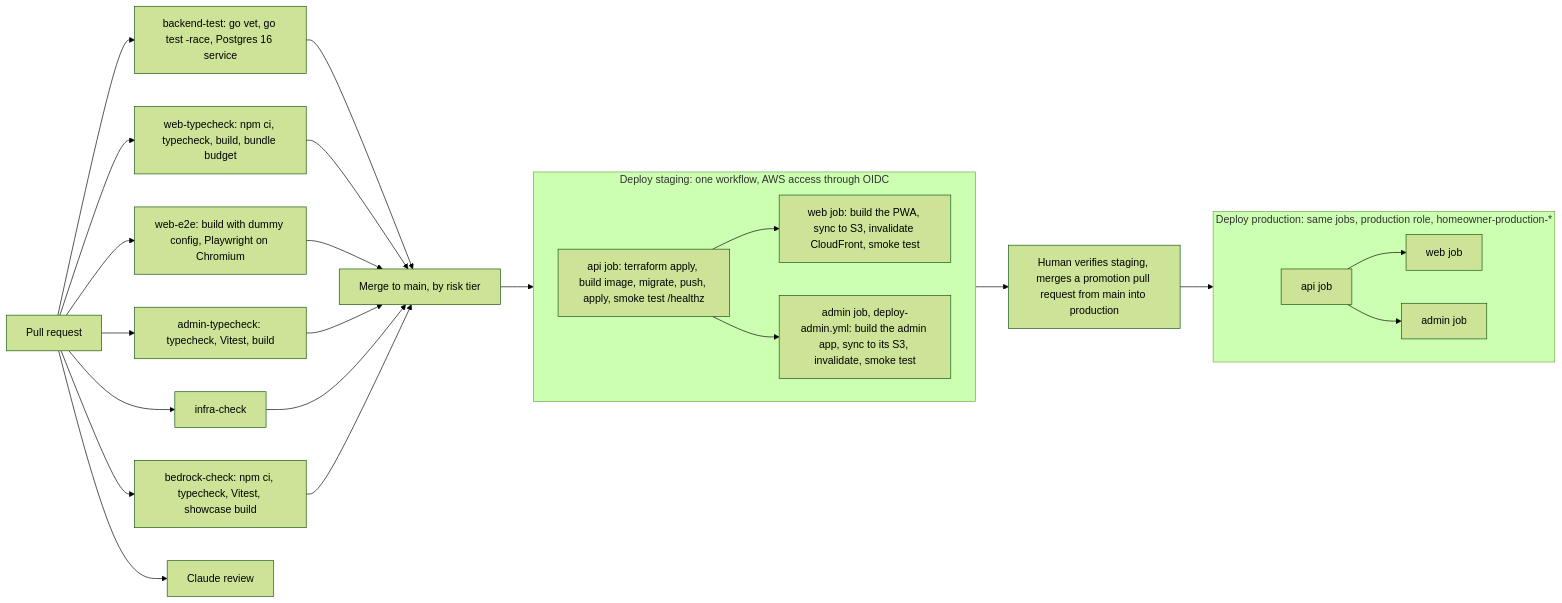
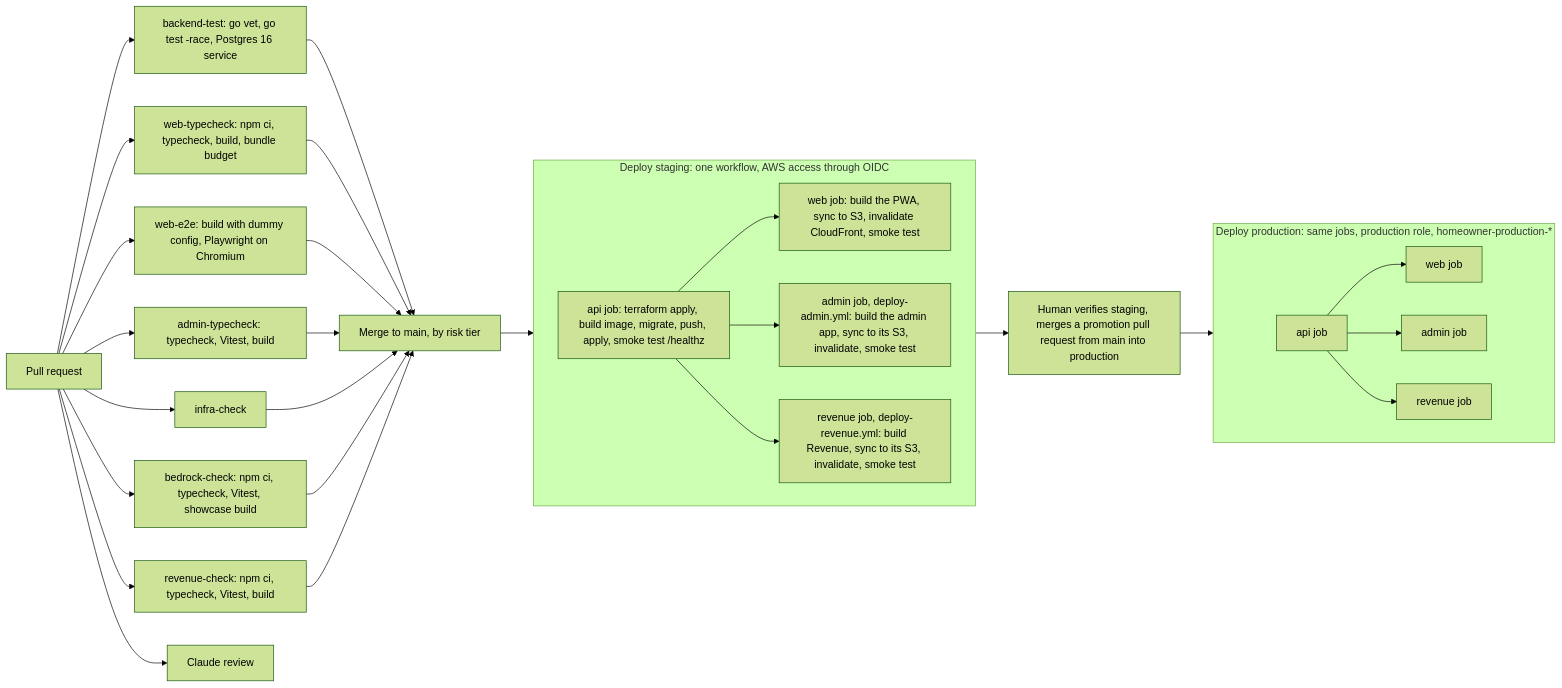
The fourth of 4 diagrams in docs/architecture/infrastructure.md (AbnerWillclefy/Homeowner), drawn with Mermaid (forest theme) before and after one commit. The commit also changed other lines of this file and 6 other files, not shown here.

Commit message:
docs(architecture): document Revenue and remove Finances from the PWA docs

````diff
--- a/docs/architecture/infrastructure.md
+++ b/docs/architecture/infrastructure.md
@@ -128,32 +137,37 @@
 ```mermaid
 flowchart LR
     PR["Pull request"] --> BT["backend-test: go vet, go test -race, Postgres 16 service"]
     PR --> WT["web-typecheck: npm ci, typecheck, build, bundle budget"]
     PR --> E2E["web-e2e: build with dummy config, Playwright on Chromium"]
     PR --> AT["admin-typecheck: typecheck, Vitest, build"]
     PR --> IC["infra-check"]
     PR --> BC["bedrock-check: npm ci, typecheck, Vitest, showcase build"]
+    PR --> RC["revenue-check: npm ci, typecheck, Vitest, build"]
     PR --> CR["Claude review"]
     BT --> M["Merge to main, by risk tier"]
     WT --> M
     E2E --> M
     AT --> M
     IC --> M
     BC --> M
+    RC --> M
     M --> DS
     subgraph DS["Deploy staging: one workflow, AWS access through OIDC"]
       direction LR
       api["api job: terraform apply, build image, migrate, push, apply, smoke test /healthz"]
       web["web job: build the PWA, sync to S3, invalidate CloudFront, smoke test"]
       adm["admin job, deploy-admin.yml: build the admin app, sync to its S3, invalidate, smoke test"]
+      rev["revenue job, deploy-revenue.yml: build Revenue, sync to its S3, invalidate, smoke test"]
       api --> web
       api --> adm
+      api --> rev
     end
     DS --> V["Human verifies staging, merges a promotion pull request from main into production"]
     V --> DP
     subgraph DP["Deploy production: same jobs, production role, homeowner-production-*"]
       direction LR
       papi["api job"] --> pweb["web job"]
       papi --> padm["admin job"]
+      papi --> prev["revenue job"]
     end
 ```
````
